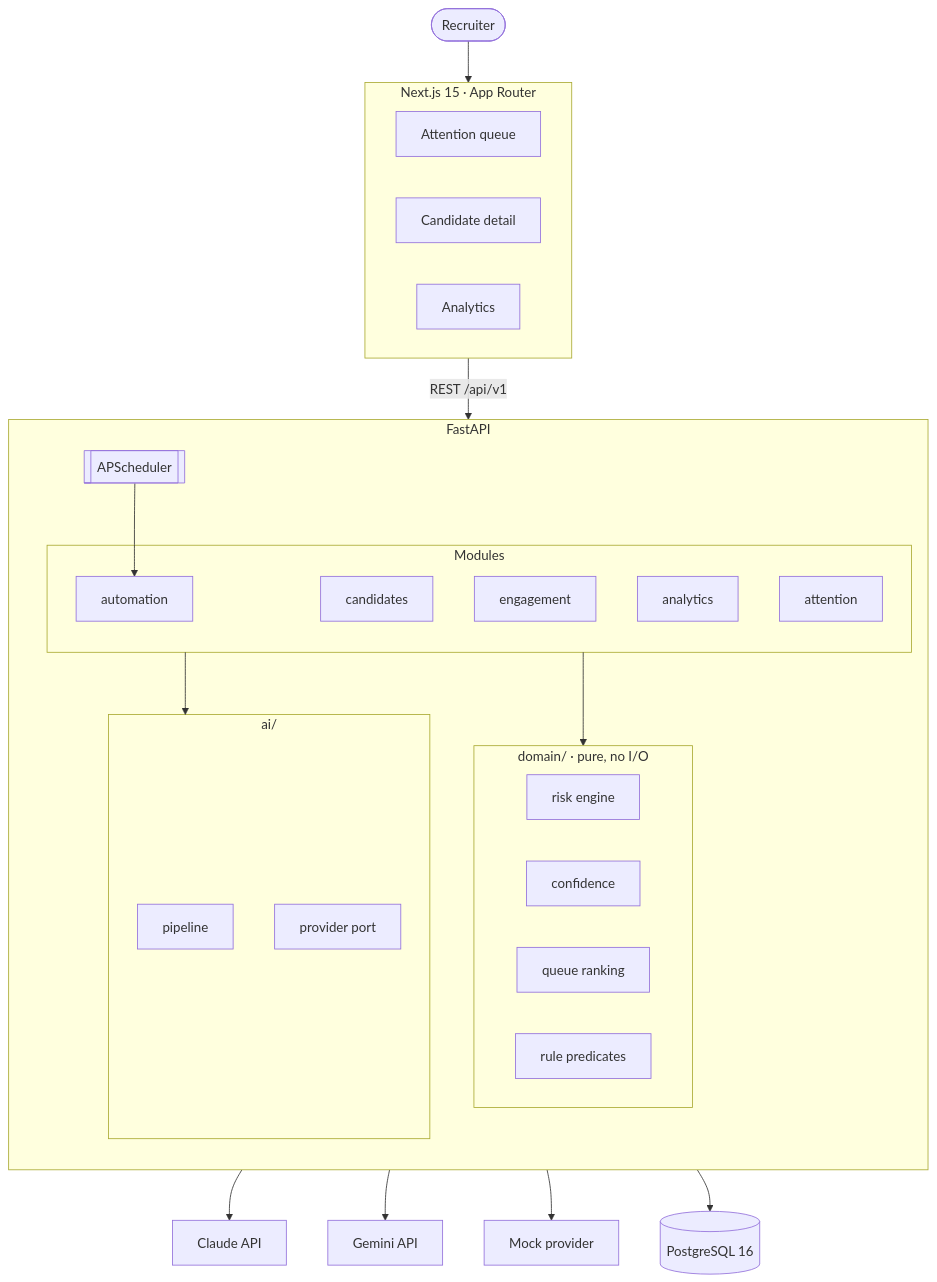
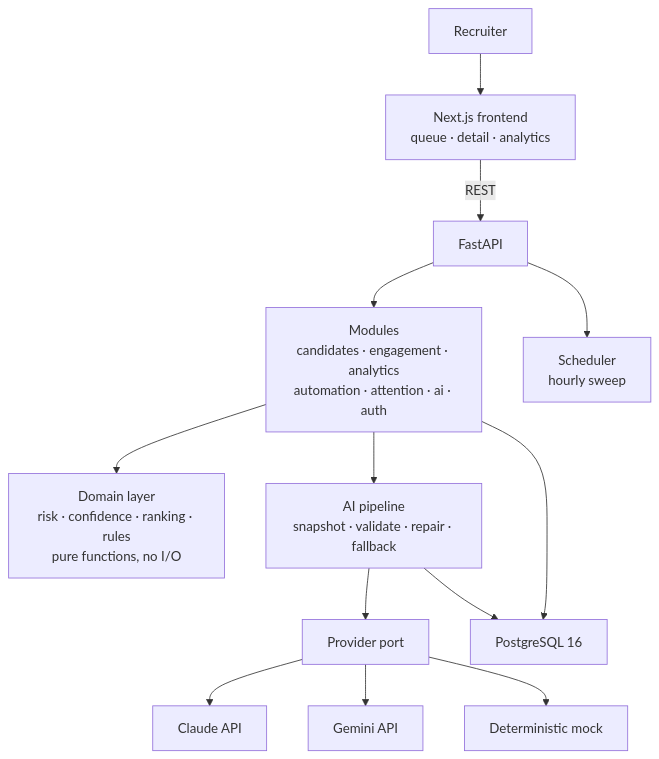
Before and after one commit to rezbites/AI-Powered-Post-Offer-Engagement-Platform: the first of 6 diagrams in README.md, drawn with Mermaid. The commit also changed other lines of this file, not shown here.

First line of the commit message:
Rewrite Mermaid diagrams so GitHub can actually render them

````diff
--- a/README.md
+++ b/README.md
@@ -134,43 +134,28 @@
 ```mermaid
 flowchart TB
-    R([Recruiter])
-    subgraph Web["Next.js 15 · App Router"]
-        Q[Attention queue]
-        D[Candidate detail]
-        A[Analytics]
-    end
-    subgraph API["FastAPI"]
-        direction TB
-        subgraph Modules
-            C[candidates]
-            E[engagement]
-            AN[analytics]
-            AU[automation]
-            AT[attention]
-        end
-        subgraph Domain["domain/ · pure, no I/O"]
-            RISK[risk engine]
-            CONF[confidence]
-            RANK[queue ranking]
-            RULES[rule predicates]
-        end
-        subgraph AI["ai/"]
-            PIPE[pipeline]
-            PORT[provider port]
-        end
-        SCHED[[APScheduler]]
-    end
-    PG[(PostgreSQL 16)]
-    CLA[Claude API]
-    GEM[Gemini API]
-    MOCK[Mock provider]
+    R["Recruiter"]
+    WEB["Next.js frontend<br/>queue · detail · analytics"]
+    API["FastAPI"]
+    MOD["Modules<br/>candidates · engagement · analytics<br/>automation · attention · ai · auth"]
+    DOM["Domain layer<br/>risk · confidence · ranking · rules<br/>pure functions, no I/O"]
+    AIP["AI pipeline<br/>snapshot · validate · repair · fallback"]
+    PORT["Provider port"]
+    SCHED["Scheduler<br/>hourly sweep"]
+    PG["PostgreSQL 16"]
+    CLA["Claude API"]
+    GEM["Gemini API"]
+    MOCK["Deterministic mock"]
 
-    R --> Web -->|REST /api/v1| API
-    Modules --> Domain
-    Modules --> AI
+    R --> WEB
+    WEB -->|"REST"| API
+    API --> MOD
+    MOD --> DOM
+    MOD --> AIP
+    AIP --> PORT
     PORT --> CLA
     PORT --> GEM
     PORT --> MOCK
-    API --> PG
-    SCHED --> AU
+    API --> SCHED
+    MOD --> PG
+    AIP --> PG
 ```
````
